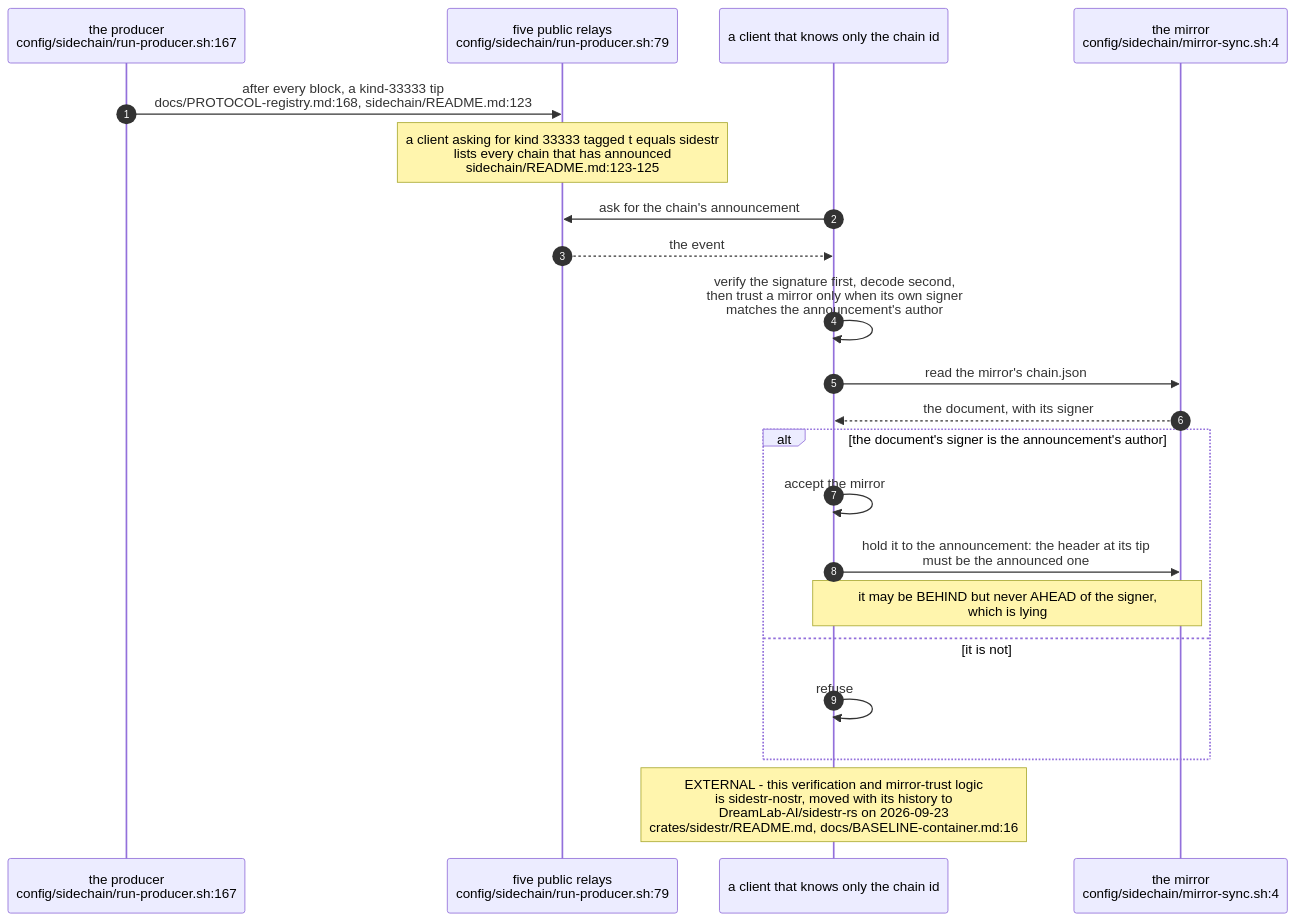
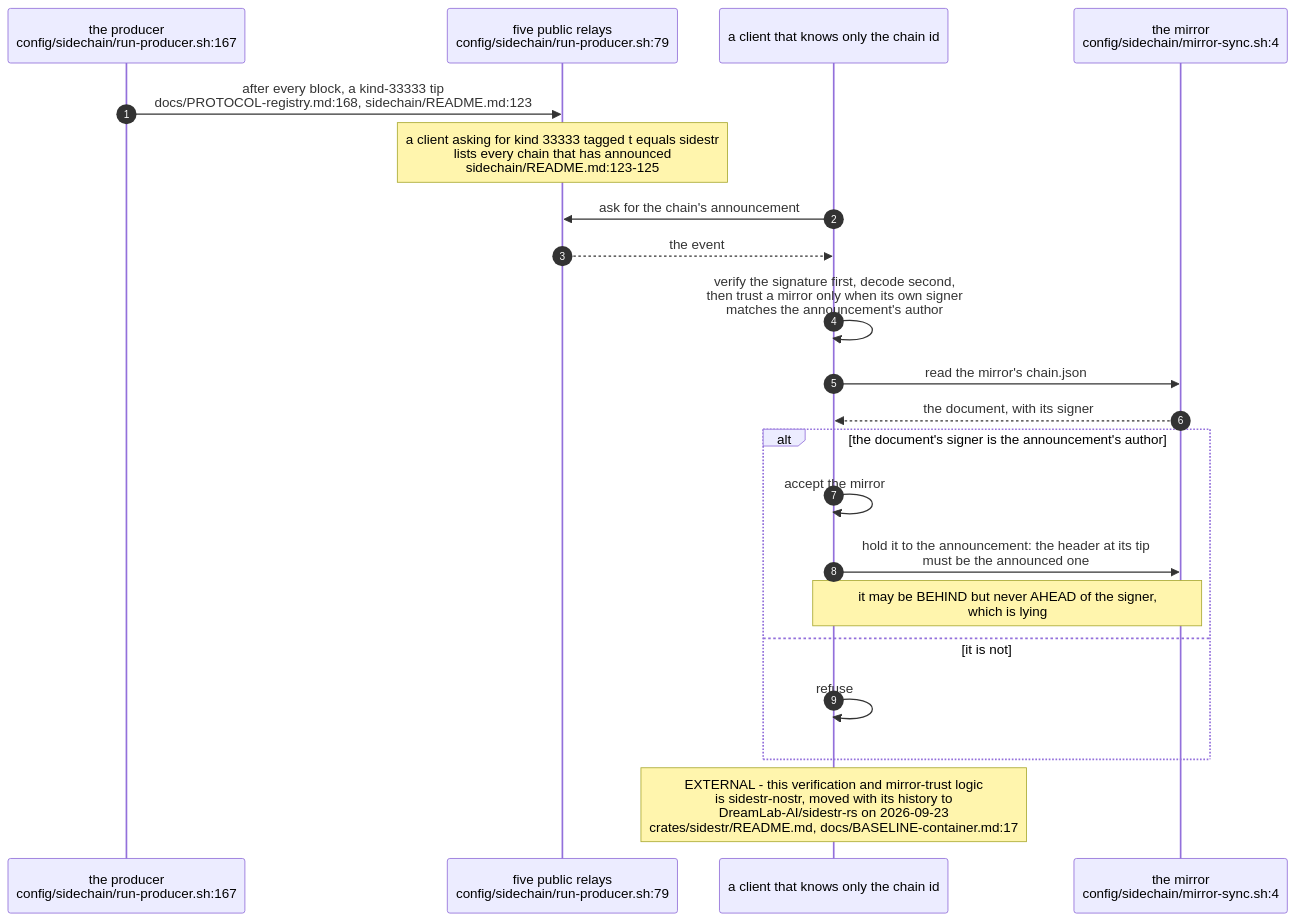
Before and after one commit to DreamLab-AI/VisionFlow: the second of 6 diagrams in docs/diagrams/agentbox/34-sidestr-interim-producer-and-mirror.md, drawn with Mermaid. The commit also changed other lines of this file and 80 other files, not shown here.

First line of the commit message:
docs(diagrams): re-verify the agentbox, dreamlab, estate and visionflow corpus against current sources

````diff
--- a/docs/diagrams/agentbox/34-sidestr-interim-producer-and-mirror.md
+++ b/docs/diagrams/agentbox/34-sidestr-interim-producer-and-mirror.md
@@ -111,24 +111,24 @@
 ```mermaid
 sequenceDiagram
     autonumber
     participant PR as the producer<br/>config/sidechain/run-producer.sh:167
     participant RL as five public relays<br/>config/sidechain/run-producer.sh:79
     participant CL as a client that knows only the chain id
     participant MI as the mirror<br/>config/sidechain/mirror-sync.sh:4
 
     PR->>RL: after every block, a kind-33333 tip<br/>docs/PROTOCOL-registry.md:168, sidechain/README.md:123
     Note over RL: a client asking for kind 33333 tagged t equals sidestr<br/>lists every chain that has announced<br/>sidechain/README.md:123-125
     CL->>RL: ask for the chain's announcement
     RL-->>CL: the event
     CL->>CL: verify the signature first, decode second,<br/>then trust a mirror only when its own signer<br/>matches the announcement's author
     CL->>MI: read the mirror's chain.json
     MI-->>CL: the document, with its signer
     alt the document's signer is the announcement's author
         CL->>CL: accept the mirror
         CL->>MI: hold it to the announcement: the header at its tip<br/>must be the announced one
         Note over CL,MI: it may be BEHIND but never AHEAD of the signer,<br/>which is lying
     else it is not
         CL->>CL: refuse
     end
-    Note over CL: EXTERNAL - this verification and mirror-trust logic<br/>is sidestr-nostr, moved with its history to<br/>DreamLab-AI/sidestr-rs on 2026-09-23<br/>crates/sidestr/README.md, docs/BASELINE-container.md:16
+    Note over CL: EXTERNAL - this verification and mirror-trust logic<br/>is sidestr-nostr, moved with its history to<br/>DreamLab-AI/sidestr-rs on 2026-09-23<br/>crates/sidestr/README.md, docs/BASELINE-container.md:17
 ```
````
